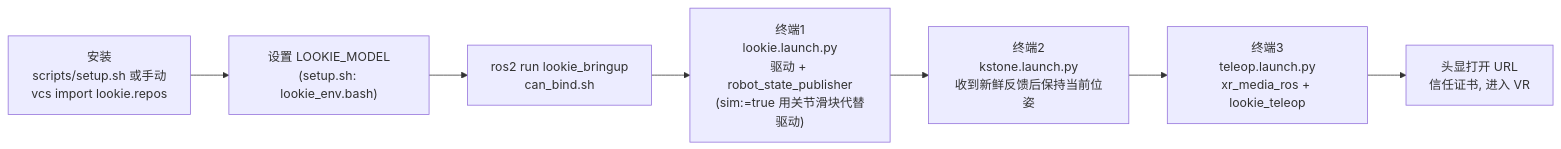
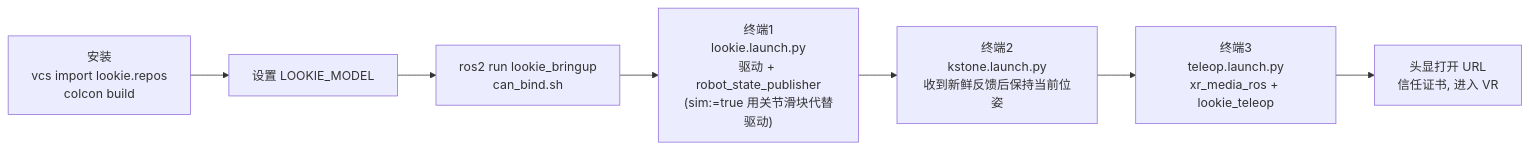
The second of 7 diagrams in docs/architecture.zh-CN.md (AgilexOpensource/lookie_ros), drawn with Mermaid before and after one commit. The commit also changed 6 other files, not shown here.

````diff
--- a/docs/architecture.zh-CN.md
+++ b/docs/architecture.zh-CN.md
@@ -77,9 +77,9 @@
 ```mermaid
 flowchart LR
-    S0["安装<br/>scripts/setup.sh 或手动<br/>vcs import lookie.repos"] --> S1["设置 LOOKIE_MODEL<br/>(setup.sh: lookie_env.bash)"]
+    S0["安装<br/>vcs import lookie.repos<br/>colcon build"] --> S1["设置 LOOKIE_MODEL"]
     S1 --> S2["ros2 run lookie_bringup<br/>can_bind.sh"]
     S2 --> S3["终端1<br/>lookie.launch.py<br/>驱动 + robot_state_publisher<br/>(sim:=true 用关节滑块代替驱动)"]
     S3 --> S4["终端2<br/>kstone.launch.py<br/>收到新鲜反馈后保持当前位姿"]
     S4 --> S5["终端3<br/>teleop.launch.py<br/>xr_media_ros + lookie_teleop"]
     S5 --> S6["头显打开 URL<br/>信任证书, 进入 VR"]
 ```
````
